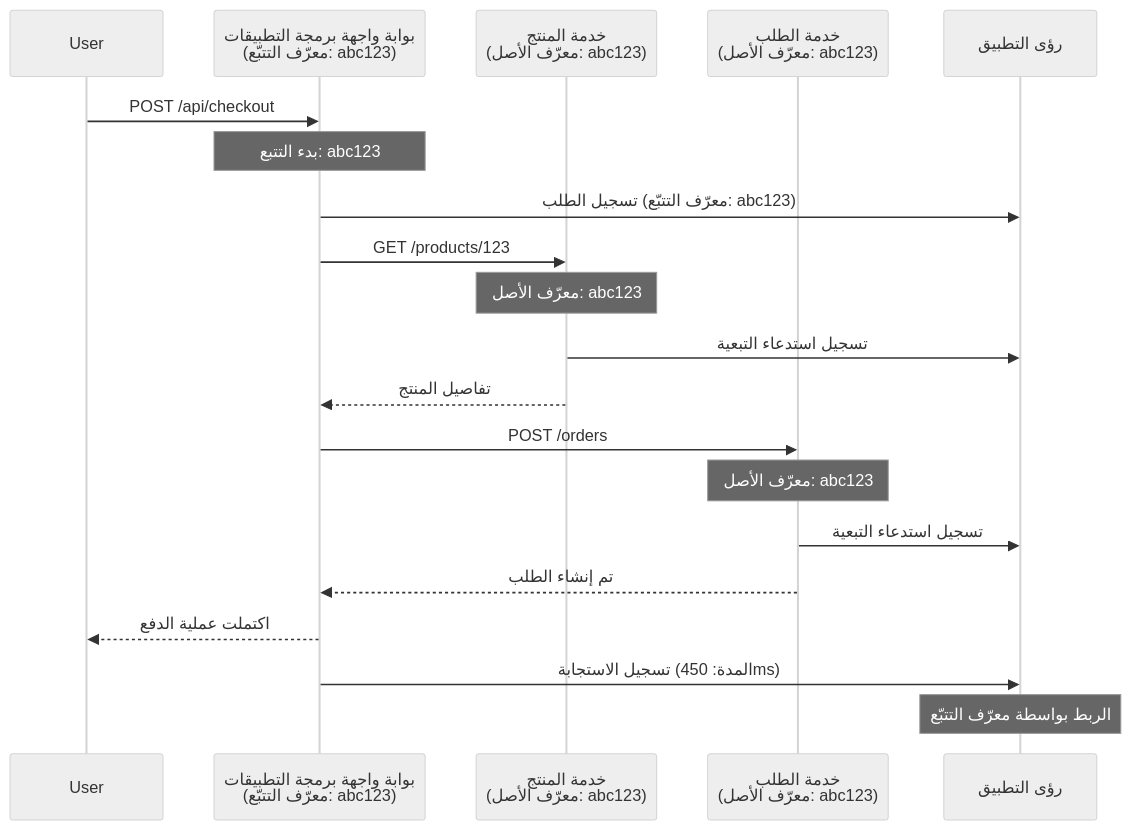
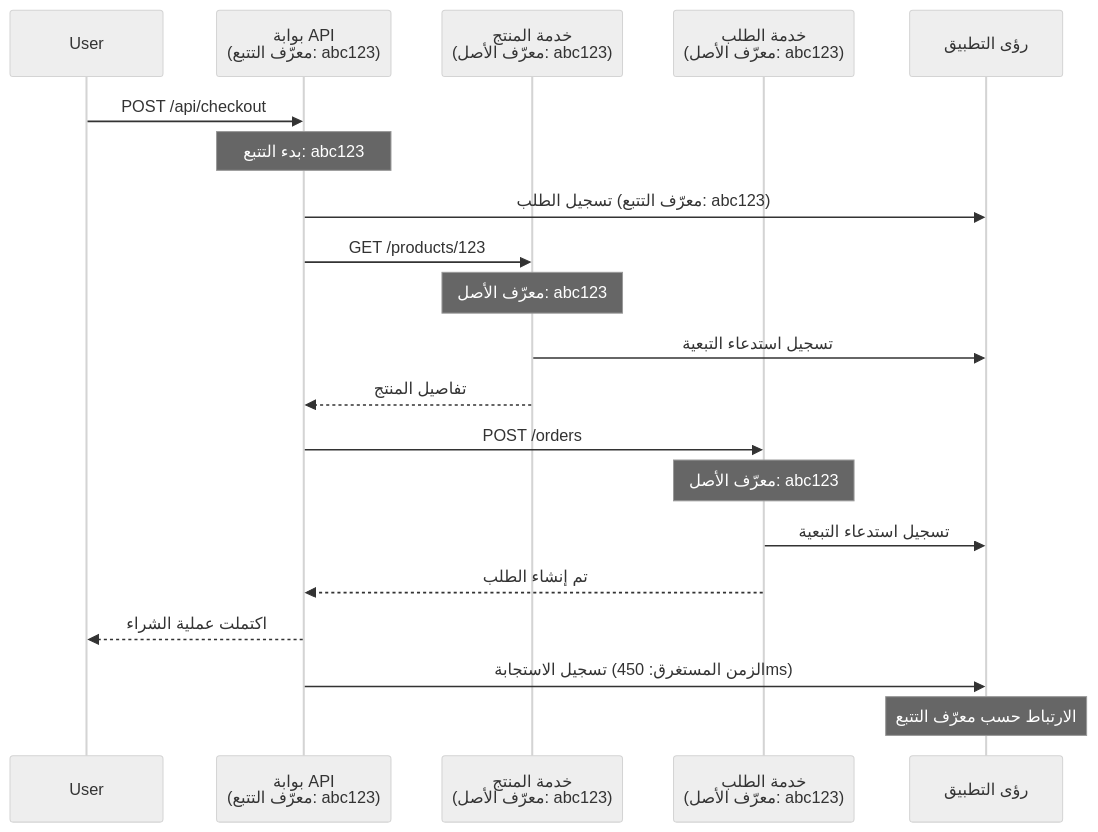
One commit to microsoft/AZD-for-beginners changed the second of 2 diagrams in translations/ar/docs/chapter-06-pre-deployment/application-insights.md. Above: the diagram before and after it, drawn with Mermaid (neutral theme). The commit also changed other lines of this file and 101 other files, not shown here.

````diff
--- a/translations/ar/docs/chapter-06-pre-deployment/application-insights.md
+++ b/translations/ar/docs/chapter-06-pre-deployment/application-insights.md
@@ -744,27 +744,27 @@
 ```mermaid
 sequenceDiagram
     participant User
-    participant Gateway as بوابة واجهة برمجة التطبيقات<br/>(معرّف التتبّع: abc123)
+    participant Gateway as بوابة API<br/>(معرّف التتبع: abc123)
     participant Product as خدمة المنتج<br/>(معرّف الأصل: abc123)
     participant Order as خدمة الطلب<br/>(معرّف الأصل: abc123)
     participant AppInsights as رؤى التطبيق
     
     User->>Gateway: POST /api/checkout
     Note over Gateway: بدء التتبع: abc123
-    Gateway->>AppInsights: تسجيل الطلب (معرّف التتبّع: abc123)
+    Gateway->>AppInsights: تسجيل الطلب (معرّف التتبع: abc123)
     
     Gateway->>Product: GET /products/123
     Note over Product: معرّف الأصل: abc123
     Product->>AppInsights: تسجيل استدعاء التبعية
     Product-->>Gateway: تفاصيل المنتج
     
     Gateway->>Order: POST /orders
     Note over Order: معرّف الأصل: abc123
     Order->>AppInsights: تسجيل استدعاء التبعية
     Order-->>Gateway: تم إنشاء الطلب
     
-    Gateway-->>User: اكتملت عملية الدفع
-    Gateway->>AppInsights: تسجيل الاستجابة (المدة: 450ms)
+    Gateway-->>User: اكتملت عملية الشراء
+    Gateway->>AppInsights: تسجيل الاستجابة (الزمن المستغرق: 450ms)
     
-    Note over AppInsights: الربط بواسطة معرّف التتبّع
+    Note over AppInsights: الارتباط حسب معرّف التتبع
 ```
````
